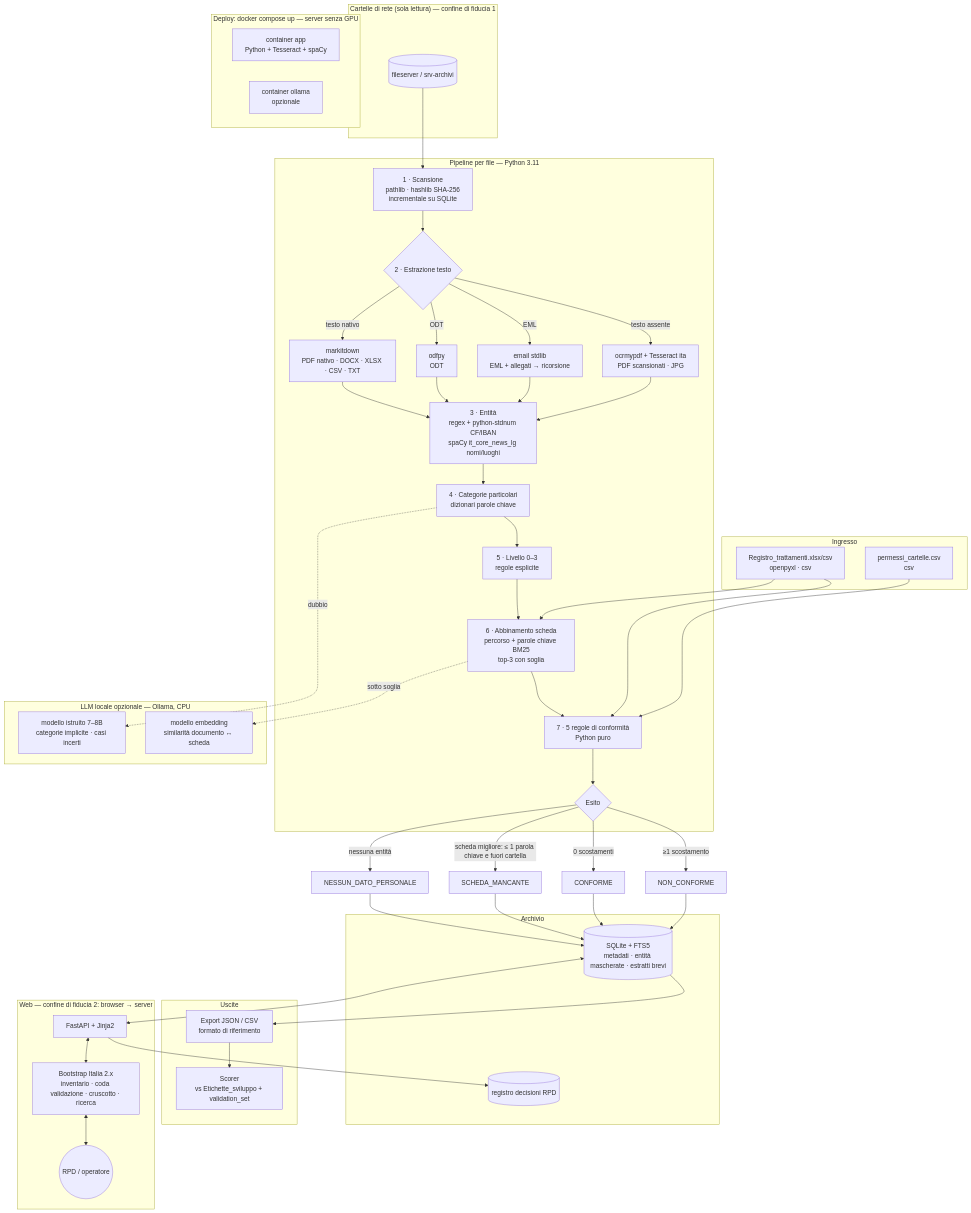
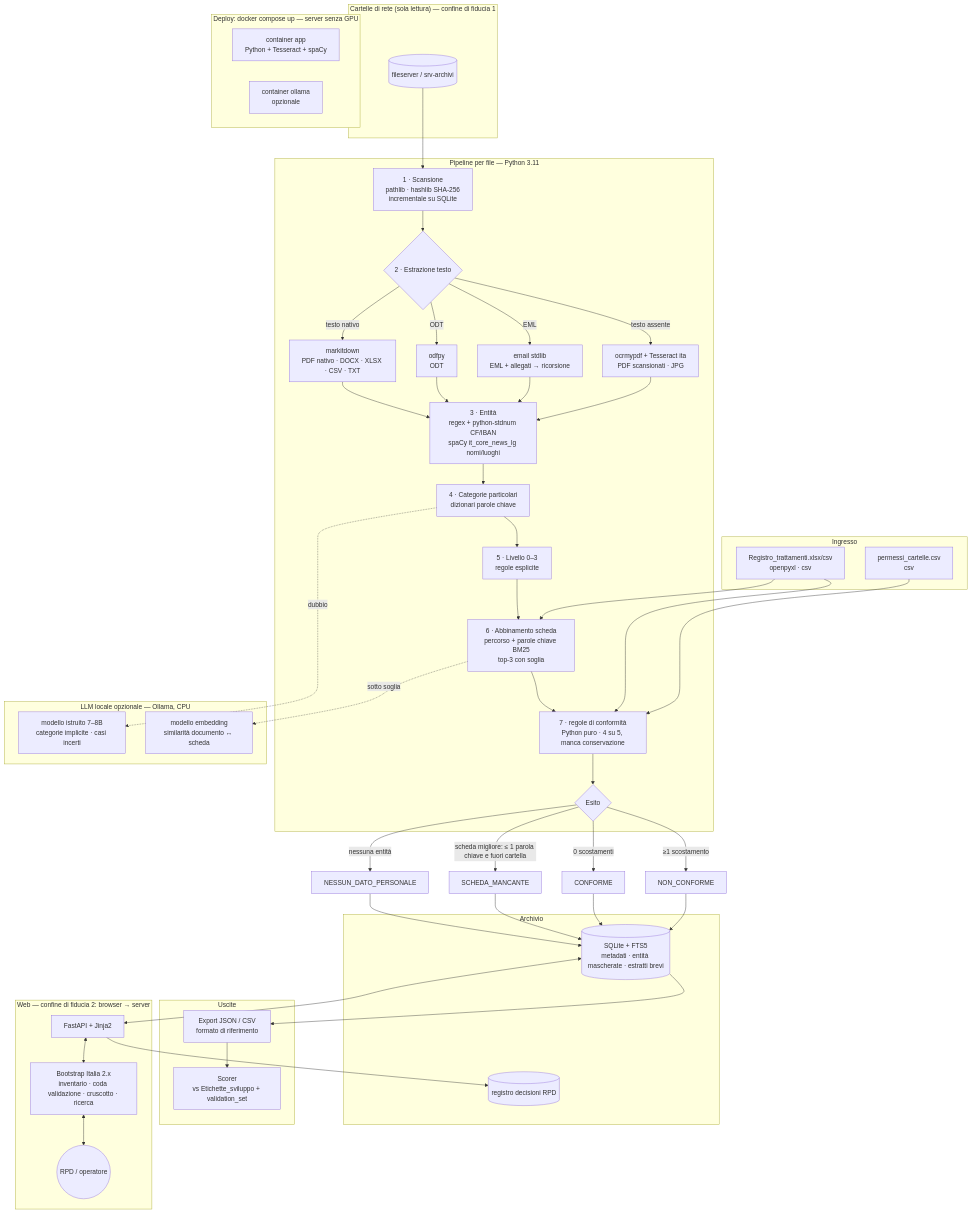
The second of 2 diagrams in docs/flussi.md (sergiovzambelli/dago-data-governance), drawn with Mermaid before and after one commit. The commit also changed 10 other files, not shown here.

````diff
--- a/docs/flussi.md
+++ b/docs/flussi.md
@@ -24,72 +24,72 @@
 ```mermaid
 flowchart TB
     subgraph SRC["Cartelle di rete (sola lettura) — confine di fiducia 1"]
         FS[(fileserver / srv-archivi)]
     end
 
     subgraph IN["Ingresso"]
         REG[Registro_trattamenti.xlsx/csv<br/>openpyxl · csv]
         PERM[permessi_cartelle.csv<br/>csv]
     end
 
     subgraph PIPE["Pipeline per file — Python 3.11"]
         SCAN[1 · Scansione<br/>pathlib · hashlib SHA-256<br/>incrementale su SQLite]
         EXT{2 · Estrazione testo}
         MD[markitdown<br/>PDF nativo · DOCX · XLSX · CSV · TXT]
         ODT[odfpy<br/>ODT]
         EML[email stdlib<br/>EML + allegati → ricorsione]
         OCR[ocrmypdf + Tesseract ita<br/>PDF scansionati · JPG]
         ENT[3 · Entità<br/>regex + python-stdnum CF/IBAN<br/>spaCy it_core_news_lg nomi/luoghi]
         CAT[4 · Categorie particolari<br/>dizionari parole chiave]
         LVL[5 · Livello 0–3<br/>regole esplicite]
         MATCH[6 · Abbinamento scheda<br/>percorso + parole chiave BM25<br/>top-3 con soglia]
-        RULES[7 · 5 regole di conformità<br/>Python puro]
+        RULES[7 · regole di conformità<br/>Python puro · 4 su 5, manca conservazione]
         ESITO{Esito}
     end
 
     subgraph LLM["LLM locale opzionale — Ollama, CPU"]
         GEN[modello istruito 7–8B<br/>categorie implicite · casi incerti]
         EMB[modello embedding<br/>similarità documento ↔ scheda]
     end
 
     subgraph STORE["Archivio"]
         DB[(SQLite + FTS5<br/>metadati · entità mascherate · estratti brevi)]
         LOG[(registro decisioni RPD)]
     end
 
     subgraph OUT["Uscite"]
         JSON[Export JSON / CSV<br/>formato di riferimento]
         SCORE[Scorer<br/>vs Etichette_sviluppo + validation_set]
     end
 
     subgraph WEB["Web — confine di fiducia 2: browser → server"]
         API[FastAPI + Jinja2]
         UI[Bootstrap Italia 2.x<br/>inventario · coda validazione · cruscotto · ricerca]
         RPD((RPD / operatore))
     end
 
     FS --> SCAN --> EXT
     EXT -->|testo nativo| MD
     EXT -->|ODT| ODT
     EXT -->|EML| EML
     EXT -->|testo assente| OCR
     MD & ODT & EML & OCR --> ENT --> CAT --> LVL --> MATCH --> RULES --> ESITO
     CAT -. dubbio .-> GEN
     MATCH -. sotto soglia .-> EMB
     REG --> MATCH
     REG --> RULES
     PERM --> RULES
     ESITO -->|nessuna entità| E0[NESSUN_DATO_PERSONALE]
     ESITO -->|scheda migliore: ≤ 1 parola chiave e fuori cartella| E1[SCHEDA_MANCANTE]
     ESITO -->|0 scostamenti| E2[CONFORME]
     ESITO -->|≥1 scostamento| E3[NON_CONFORME]
     E0 & E1 & E2 & E3 --> DB
     DB --> JSON --> SCORE
     DB <--> API <--> UI <--> RPD
     API --> LOG
 
     subgraph DEP["Deploy: docker compose up — server senza GPU"]
         C1[container app<br/>Python + Tesseract + spaCy]
         C2[container ollama<br/>opzionale]
     end
 ```
````
